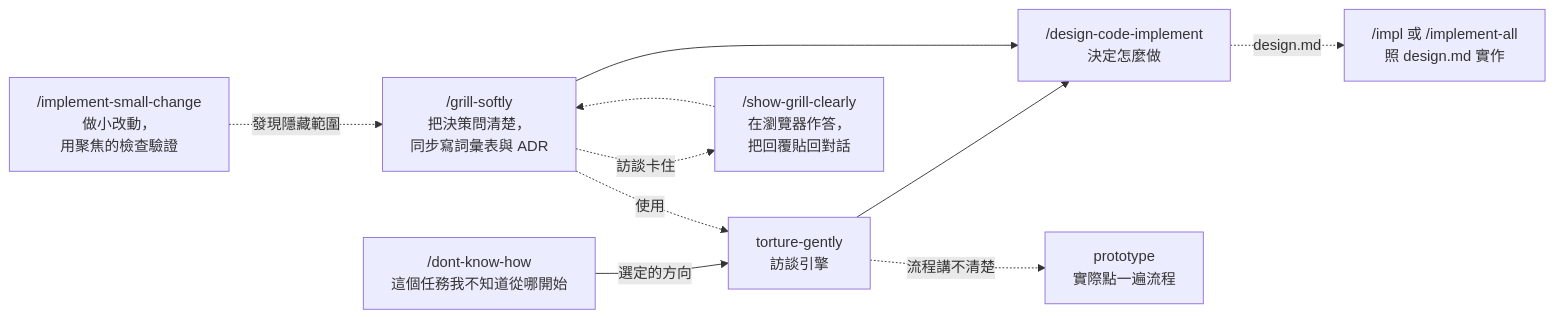
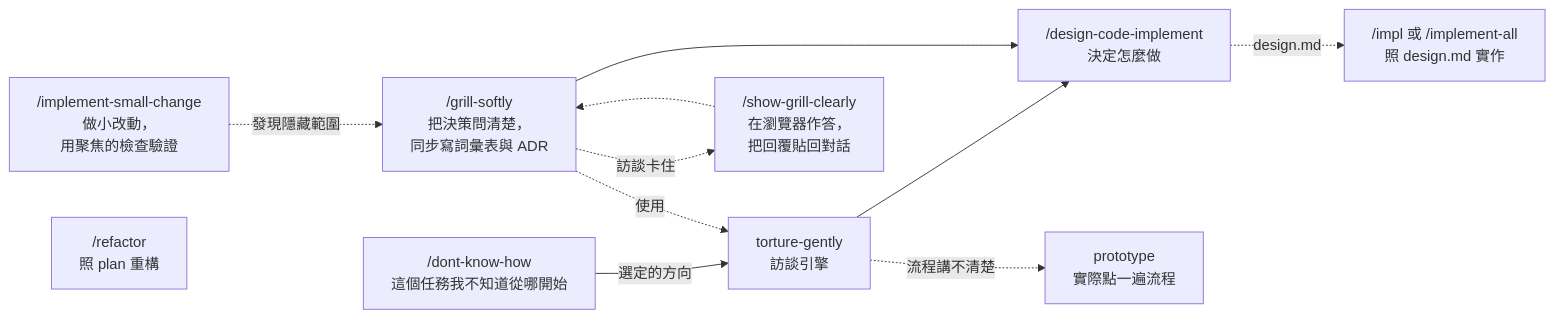
One commit to GUOJIE-HONG/skills changed the diagram in README.zh-TW.md. Above: the diagram before and after it, drawn with Mermaid. The commit also changed other lines of this file and 7 other files, not shown here.

````diff
--- a/README.zh-TW.md
+++ b/README.zh-TW.md
@@ -68,14 +68,15 @@
 ```mermaid
 flowchart LR
     A["/dont-know-how<br/>這個任務我不知道從哪開始"] -->|"選定的方向"| F["torture-gently<br/>訪談引擎"]
     F --> C
     F -. 流程講不清楚 .-> P["prototype<br/>實際點一遍流程"]
     B["/grill-softly<br/>把決策問清楚，<br/>同步寫詞彙表與 ADR"]
     B --> C["/design-code-implement<br/>決定怎麼做"]
     D["/implement-small-change<br/>做小改動，<br/>用聚焦的檢查驗證"]
+    R["/refactor<br/>照 plan 重構"]
     C -.->|"design.md"| G["/impl 或 /implement-all<br/>照 design.md 實作"]
     B -. 訪談卡住 .-> E["/show-grill-clearly<br/>在瀏覽器作答，<br/>把回覆貼回對話"]
     E -.-> B
     B -. 使用 .-> F
     D -. 發現隱藏範圍 .-> B
 ```
````
